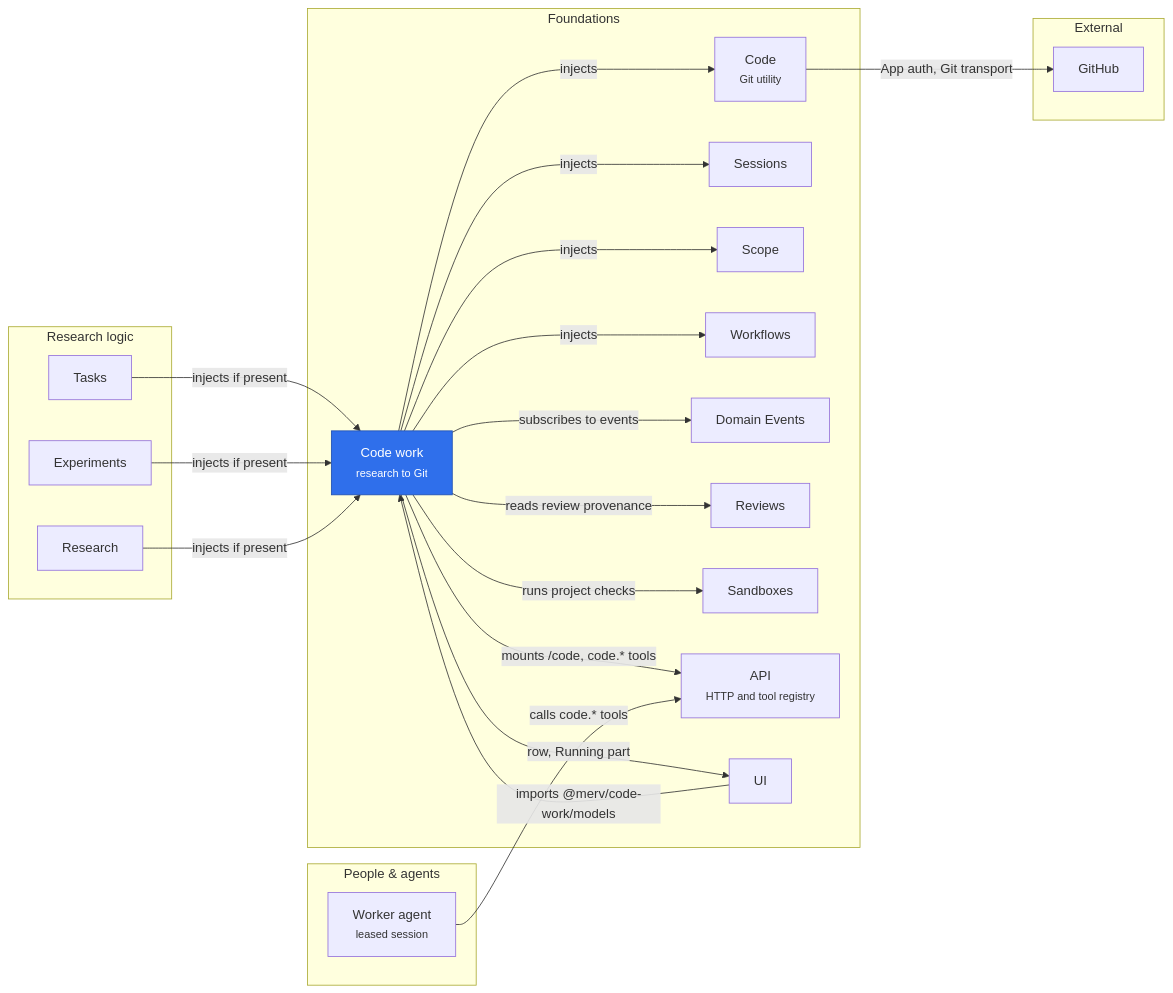
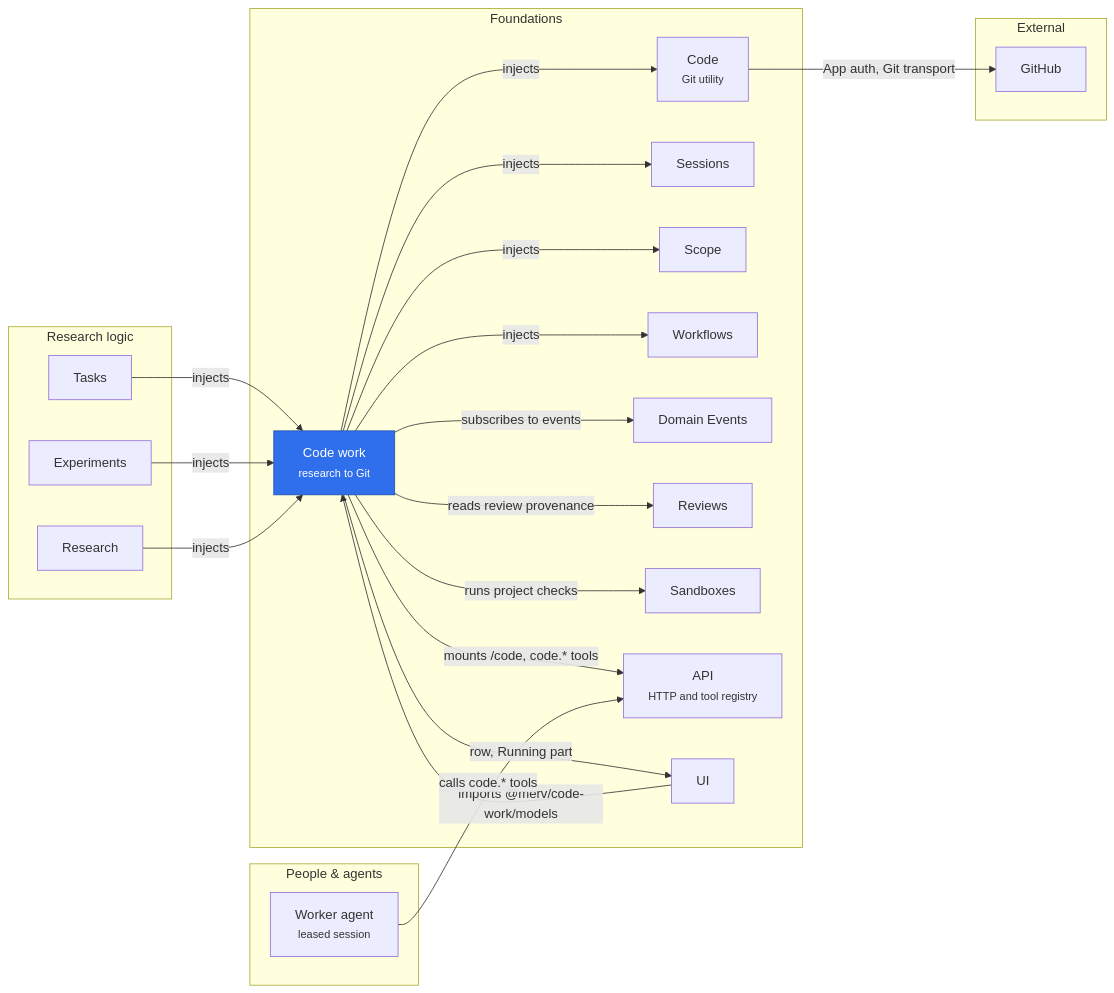
Before and after one commit to rapidreview-io/Merv: the diagram in merv-typescript/packages/code-work/README.md, drawn with Mermaid. The commit also changed other lines of this file and 47 other files, not shown here.

First line of the commit message:
Let Code follow its own writers; make Code Work required

````diff
--- a/merv-typescript/packages/code-work/README.md
+++ b/merv-typescript/packages/code-work/README.md
@@ -24,43 +24,43 @@
 ```mermaid
 flowchart LR
   subgraph people["People & agents"]
     worker["Worker agent<br/><small>leased session</small>"]
   end
   subgraph researchLayer["Research logic"]
     tasks[Tasks]
     experiments[Experiments]
     research[Research]
   end
   subgraph foundations["Foundations"]
     codeWork["Code work<br/><small>research to Git</small>"]
     code["Code<br/><small>Git utility</small>"]
     sessions[Sessions]
     scope[Scope]
     workflows[Workflows]
     domainEvents[Domain Events]
     reviews[Reviews]
     sandboxes[Sandboxes]
     api["API<br/><small>HTTP and tool registry</small>"]
     ui[UI]
   end
   subgraph external["External"]
     github[GitHub]
   end
-  tasks -- "injects if present" --> codeWork
-  experiments -- "injects if present" --> codeWork
-  research -- "injects if present" --> codeWork
+  tasks -- "injects" --> codeWork
+  experiments -- "injects" --> codeWork
+  research -- "injects" --> codeWork
   codeWork -- "injects" --> code
   codeWork -- "injects" --> sessions
   codeWork -- "injects" --> scope
   codeWork -- "injects" --> workflows
   codeWork -- "subscribes to events" --> domainEvents
   codeWork -- "reads review provenance" --> reviews
   codeWork -- "runs project checks" --> sandboxes
   codeWork -- "mounts /code, code.* tools" --> api
   codeWork -- "row, Running part" --> ui
   ui -- "imports @merv/code-work/models" --> codeWork
   worker -- "calls code.* tools" --> api
   code -- "App auth, Git transport" --> github
   classDef self fill:#2f6feb,color:#fff,stroke:#1f4fb0
   class codeWork self
 ```
````
